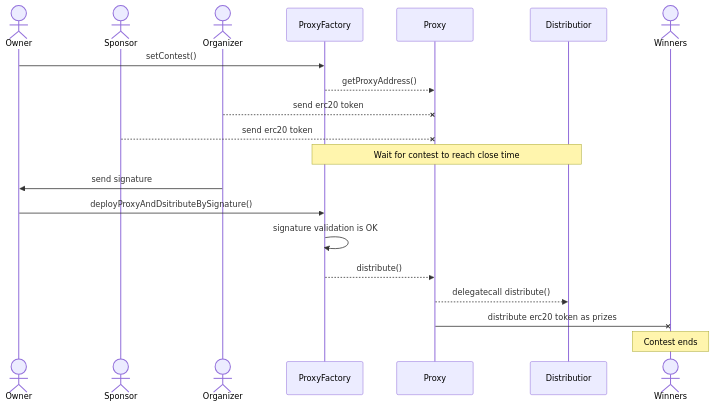
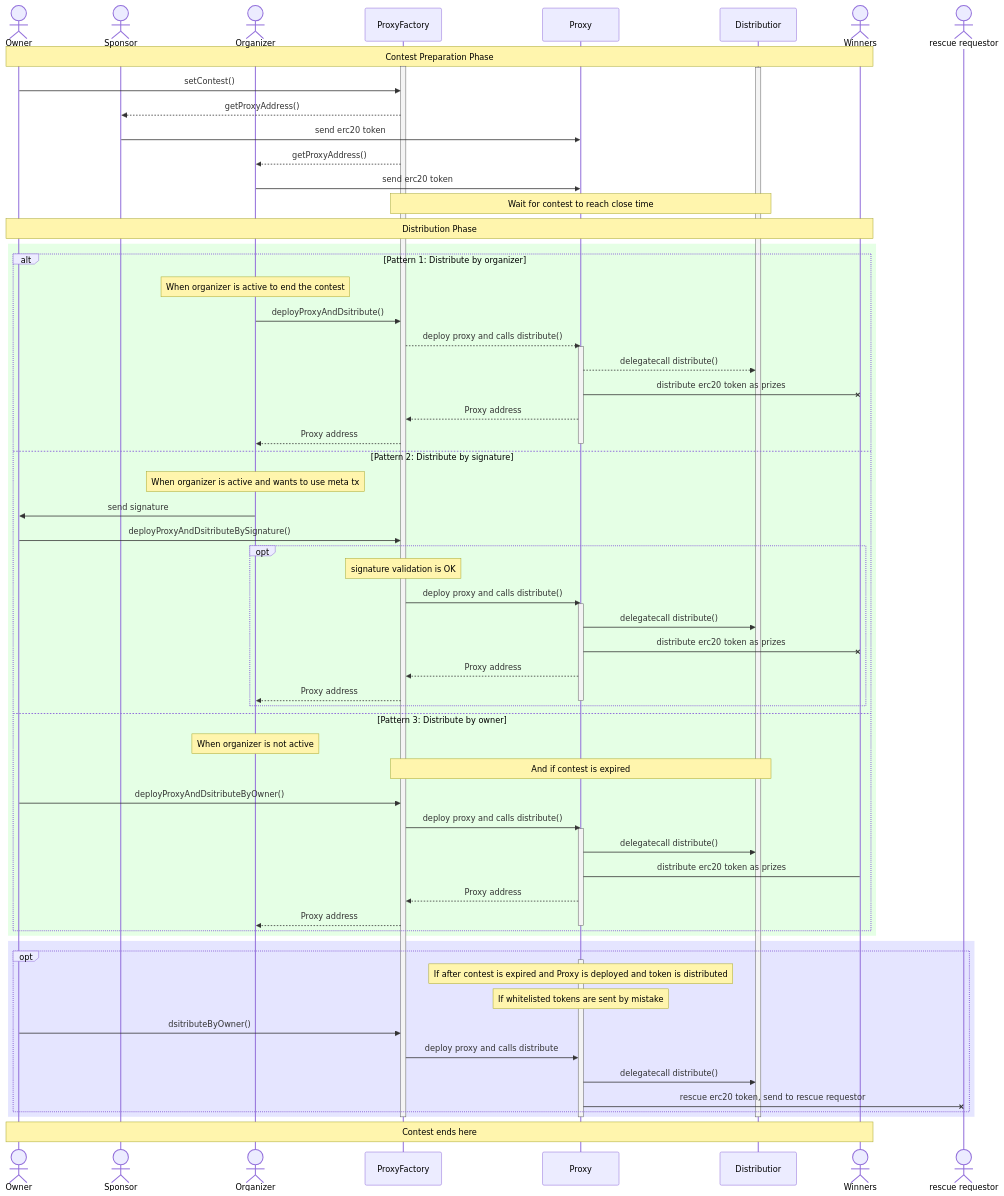
One commit to codefox-inc/sparkn-contracts changed the diagram in README.md. Above: the diagram before and after it, drawn with Mermaid. The commit also changed other lines of this file, not shown here.

Commit message:
📝 fixed diagram graph

````diff
--- a/README.md
+++ b/README.md
@@ -154,22 +111,75 @@
 ```mermaid
 sequenceDiagram
     actor 1 as Owner
     actor S as Sponsor
     actor O as Organizer
     participant PF as ProxyFactory
     participant P as Proxy
     participant D as Distributior
     actor W as Winners
+    actor RT as rescue requestor
+    Note over 1,W: Contest Preparation Phase
+    activate PF
+    activate D
     1->>PF: setContest()
-    PF-->>P: getProxyAddress()
-    O--xP: send erc20 token
-    S--xP: send erc20 token
+    PF-->>S: getProxyAddress()
+    S->>P: send erc20 token
+    PF-->>O: getProxyAddress()
+    O->>P: send erc20 token
     Note over PF,D: Wait for contest to reach close time
-    O ->> 1: send signature
-    1->>PF: deployProxyAndDsitributeBySignature()
-    PF->>PF: signature validation is OK
-    PF-->>P: distribute()
-    P-->>D: delegatecall distribute()
-    P-xW: distribute erc20 token as prizes
-    Note over W: Contest ends
+    Note over 1,W: Distribution Phase
+    rect rgba(0, 255, 0, 0.1)
+        alt Pattern 1: Distribute by organizer
+        Note over O: When organizer is active to end the contest
+            O->>PF: deployProxyAndDsitribute()
+            PF-->>P: deploy proxy and calls distribute()
+            activate P
+            P-->>D: delegatecall distribute()
+            P-xW: distribute erc20 token as prizes
+            P-->>PF: Proxy address
+            PF-->>O: Proxy address
+            deactivate P
+    else Pattern 2: Distribute by signature
+    Note over O: When organizer is active and wants to use meta tx
+        O ->> 1: send signature
+        1->>PF: deployProxyAndDsitributeBySignature()
+        opt
+            note over PF: signature validation is OK
+            PF->>P: deploy proxy and calls distribute()
+            activate P
+            P->>D: delegatecall distribute()
+            P-xW: distribute erc20 token as prizes
+            P-->>PF: Proxy address
+            PF-->>O: Proxy address
+            deactivate P
+        end
+    else Pattern 3: Distribute by owner
+        Note over O: When organizer is not active
+        Note over PF, D: And if contest is expired
+        1->>PF: deployProxyAndDsitributeByOwner()
+        PF->>P: deploy proxy and calls distribute()
+        activate P
+        P->>D: delegatecall distribute()
+        P->W: distribute erc20 token as prizes
+        P-->>PF: Proxy address
+        PF-->>O: Proxy address
+        deactivate P
+    end
+    end
+    rect rgba(0, 0, 255, 0.1)
+        opt
+            activate P
+            Note over P: If after contest is expired and Proxy is deployed and token is distributed
+            Note over P: If whitelisted tokens are sent by mistake
+            1->>PF: dsitributeByOwner()
+            PF->>P: deploy proxy and calls distribute
+            P->>D: delegatecall distribute()
+            P-xRT: rescue erc20 token, send to rescue requestor
+        end
+    end
+    deactivate PF
+    deactivate P
+    deactivate D
+    Note over 1,W: Contest ends here
+
 ```
````
